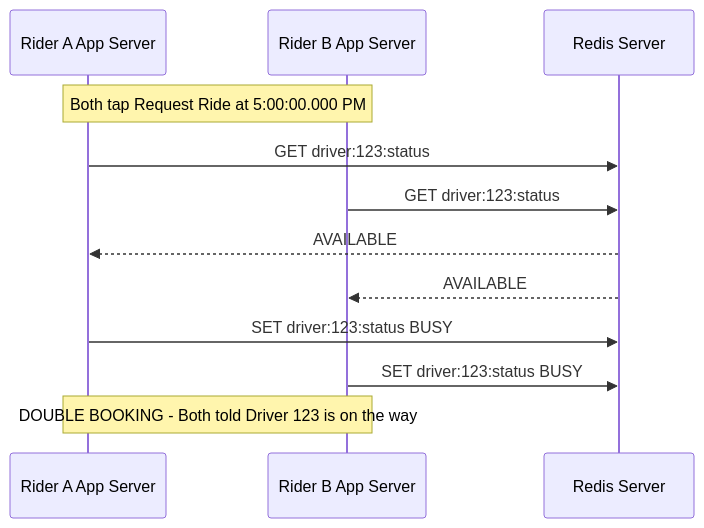
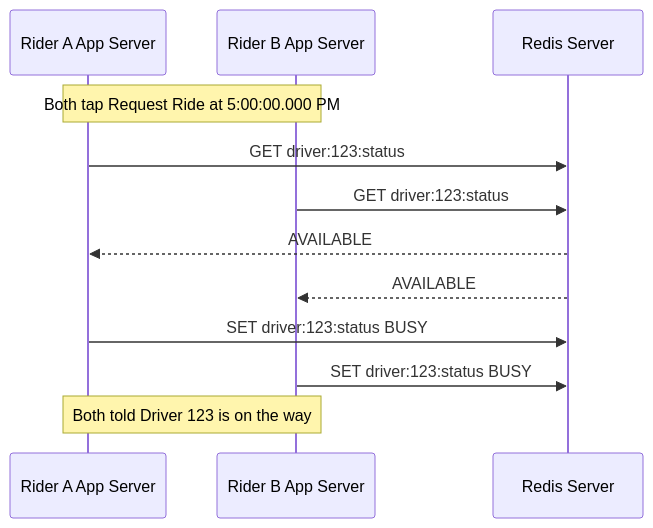
Before and after one commit to Chandra179/atlas: the fifth of 8 diagrams in blog/astro/src/content/docs/cache.md, drawn with Mermaid. The commit also changed 3 other files, not shown here.

````diff
--- a/blog/astro/src/content/docs/cache.md
+++ b/blog/astro/src/content/docs/cache.md
@@ -292,15 +292,15 @@
 ```mermaid
 sequenceDiagram
     participant AppA as Rider A App Server
     participant AppB as Rider B App Server
     participant Redis as Redis Server
 
     Note over AppA,AppB: Both tap Request Ride at 5:00:00.000 PM
     AppA->>Redis: GET driver:123:status
     AppB->>Redis: GET driver:123:status
     Redis-->>AppA: AVAILABLE
     Redis-->>AppB: AVAILABLE
     AppA->>Redis: SET driver:123:status BUSY
     AppB->>Redis: SET driver:123:status BUSY
-    Note over AppA,AppB: DOUBLE BOOKING - Both told Driver 123 is on the way
+    Note over AppA,AppB: Both told Driver 123 is on the way
 ```
````
